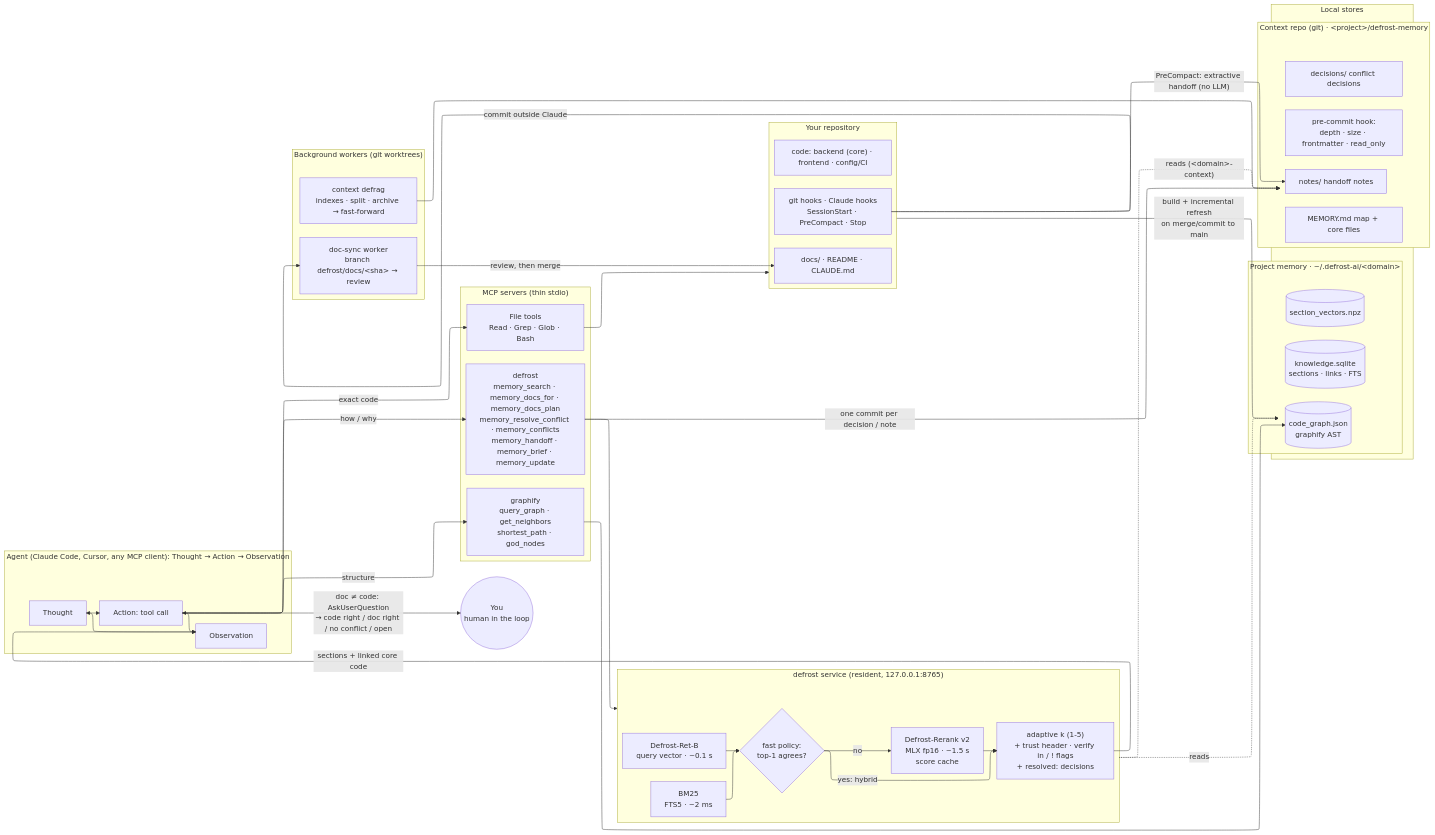
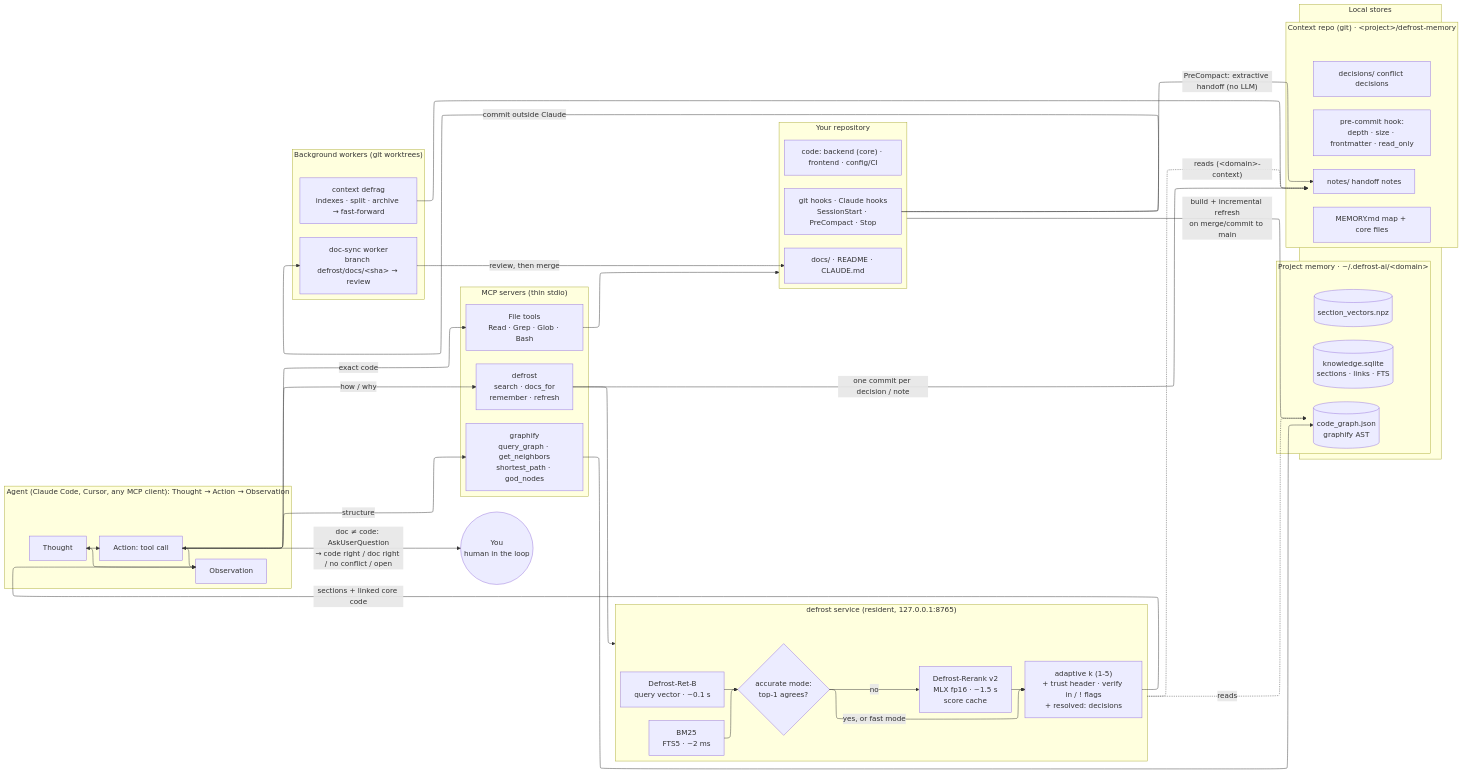
The first of 2 diagrams in docs/AGENT_LOOP.md (Signaturi4/defrost-ai), drawn with Mermaid before and after one commit. The commit also changed other lines of this file and 43 other files, not shown here.

First line of the commit message:
Simplify the surface: 4 MCP tools, 9 commands, setup profiles, accurate/fast modes, one settings file

````diff
--- a/docs/AGENT_LOOP.md
+++ b/docs/AGENT_LOOP.md
@@ -14,75 +14,75 @@
 ```mermaid
 ---
 config:
   layout: elk
   elk:
     mergeEdges: true
     nodePlacementStrategy: BRANDES_KOEPF
 ---
 flowchart LR
     subgraph Agent["Agent (Claude Code, Cursor, any MCP client): Thought → Action → Observation"]
         direction LR
         T[Thought] --> A[Action: tool call] --> O[Observation] --> T
     end
     U(("You<br/>human in the loop"))
 
     subgraph MCP["MCP servers (thin stdio)"]
         direction LR
-        M1["defrost<br/>memory_search · memory_docs_for · memory_docs_plan<br/>memory_resolve_conflict · memory_conflicts<br/>memory_handoff · memory_brief · memory_update"]
+        M1["defrost<br/>search · docs_for<br/>remember · refresh"]
         M2["graphify<br/>query_graph · get_neighbors<br/>shortest_path · god_nodes"]
         F["File tools<br/>Read · Grep · Glob · Bash"]
     end
 
     subgraph Service["defrost service (resident, 127.0.0.1:8765)"]
         direction LR
-        S1["BM25<br/>FTS5 · ~2 ms"] --> P{"fast policy:<br/>top-1 agrees?"}
+        S1["BM25<br/>FTS5 · ~2 ms"] --> P{"accurate mode:<br/>top-1 agrees?"}
         S2["Defrost-Ret-B<br/>query vector · ~0.1 s"] --> P
-        P -- "yes: hybrid" --> K
+        P -- "yes, or fast mode" --> K
         P -- "no" --> S3["Defrost-Rerank v2<br/>MLX fp16 · ~1.5 s<br/>score cache"] --> K["adaptive k (1-5)<br/>+ trust header · verify in / ! flags<br/>+ resolved: decisions"]
     end
 
     subgraph Stores["Local stores"]
         direction LR
         subgraph Store["Project memory · ~/.defrost-ai/&lt;domain&gt;"]
             D1[("knowledge.sqlite<br/>sections · links · FTS")]
             D2[("section_vectors.npz")]
             D3[("code_graph.json<br/>graphify AST")]
         end
         subgraph Ctx["Context repo (git) · &lt;project&gt;/defrost-memory"]
             C0["MEMORY.md map + core files"]
             C1["notes/ handoff notes"]
             C2["decisions/ conflict decisions"]
             C3["pre-commit hook:<br/>depth · size · frontmatter · read_only"]
         end
     end
 
     subgraph Repo["Your repository"]
         direction LR
         R1["docs/ · README · CLAUDE.md"]
         R2["code: backend (core) · frontend · config/CI"]
         R3["git hooks · Claude hooks<br/>SessionStart · PreCompact · Stop"]
     end
 
     subgraph Workers["Background workers (git worktrees)"]
         direction LR
         W1["doc-sync worker<br/>branch defrost/docs/&lt;sha&gt; → review"]
         W2["context defrag<br/>indexes · split · archive → fast-forward"]
     end
 
     A -->|"how / why"| M1
     A -->|"structure"| M2
     A -->|"exact code"| F
     A <-->|"doc ≠ code: AskUserQuestion<br/>→ code right / doc right / no conflict / open"| U
     M1 --> Service
     K -->|"sections + linked core code"| O
     Service -. reads .-> Store
     Service -. "reads (&lt;domain&gt;-context)" .-> Ctx
     M2 --> D3
     M1 -->|"one commit per decision / note"| Ctx
     F --> Repo
     Repo -->|"build + incremental refresh<br/>on merge/commit to main"| Store
     R3 -->|"PreCompact: extractive handoff (no LLM)"| C1
     R3 -->|"commit outside Claude"| W1
     W1 -->|"review, then merge"| R1
     W2 --> Ctx
 ```
````
